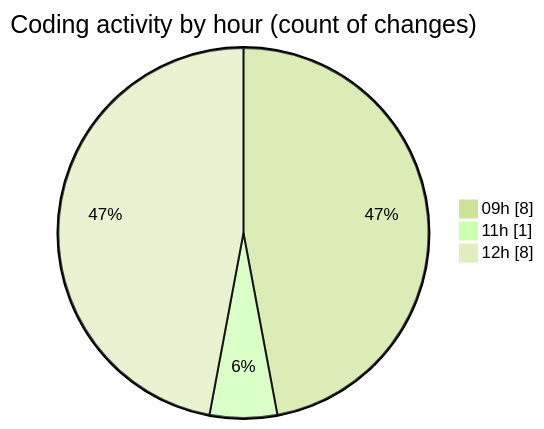
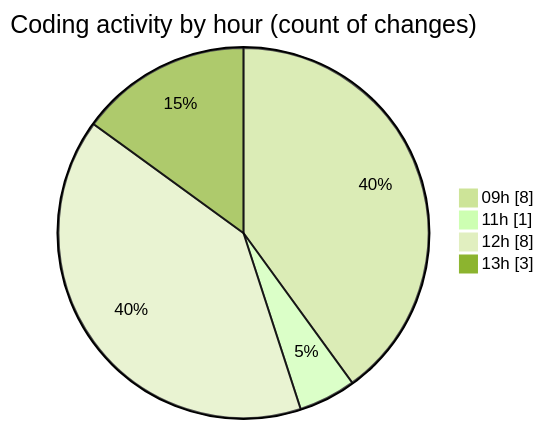
The second of 2 diagrams in 2026-06-16/cilapp/README.md (ricardozamudiocil/code-tracking), drawn with Mermaid (forest theme) before and after one commit. The commit also changed other lines of this file and 1 other file, not shown here.

````diff
--- a/2026-06-16/cilapp/README.md
+++ b/2026-06-16/cilapp/README.md
@@ -35,7 +35,8 @@
 ```mermaid
 pie showData
 title Coding activity by hour (count of changes)
 "09h" : 8
 "11h" : 1
 "12h" : 8
+"13h" : 3
 ```
````
